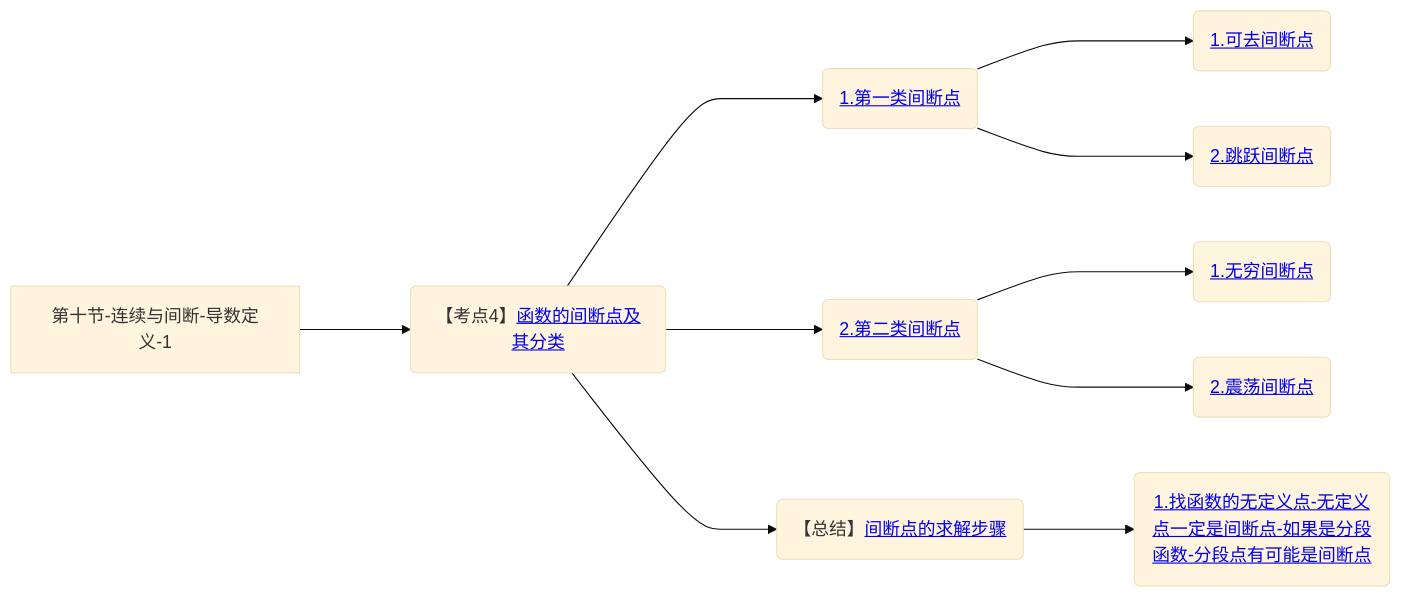
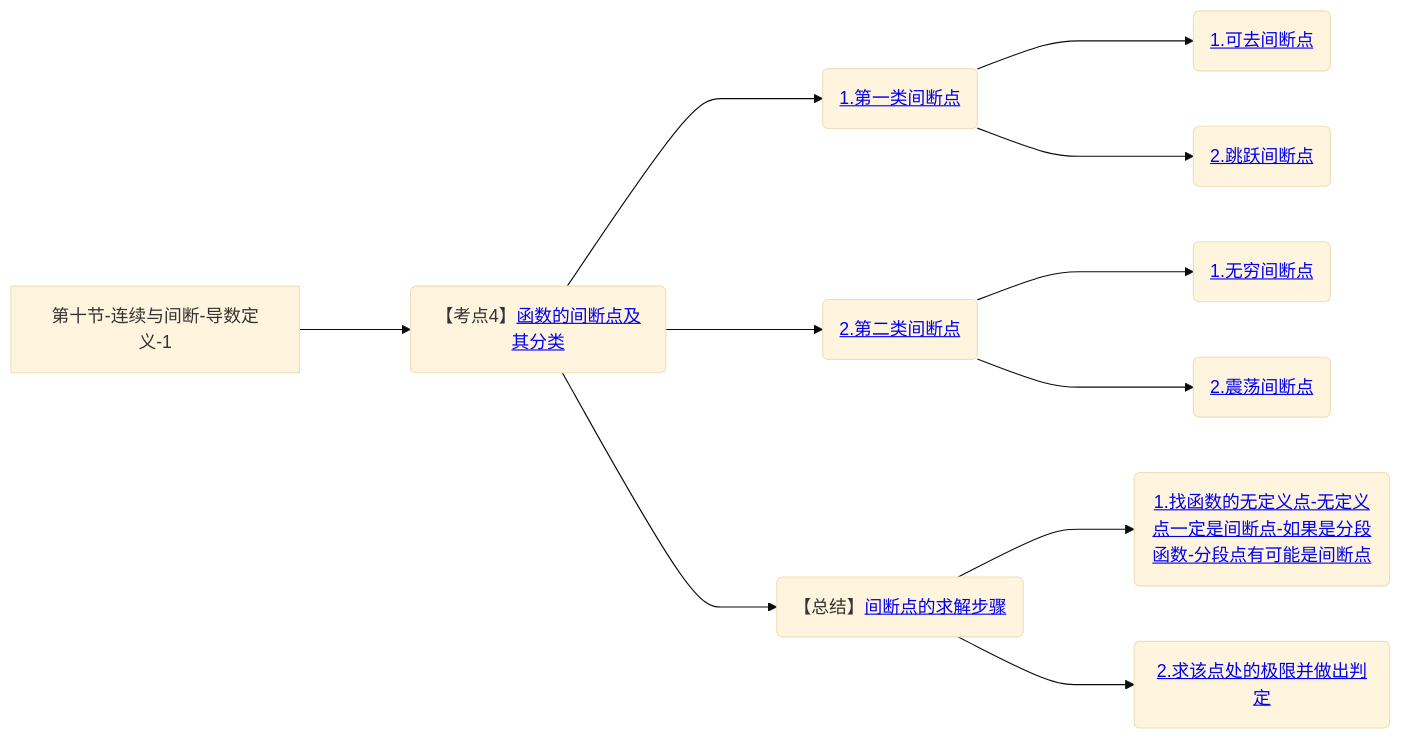
The tenth of 10 diagrams in 笔记/数学/周洋鑫/01.基础班思维导图.md (yuebinghui/note), drawn with Mermaid (base theme) before and after one commit. The commit also changed 3 other files, not shown here.

````diff
--- a/笔记/数学/周洋鑫/01.基础班思维导图.md
+++ b/笔记/数学/周洋鑫/01.基础班思维导图.md
@@ -380,14 +380,15 @@
 ```mermaid
 graph LR
 第十节-连续与间断-导数定义-1
 
 第十节-连续与间断-导数定义-1--->函数的间断点及其分类(【考点4】<a href="/Users/yuebinghui/Documents/program/github/note/笔记/数学/周洋鑫/基础班/10.连续与间断_导数定义_1.md#函数的间断点及其分类">函数的间断点及其分类</>)
 函数的间断点及其分类--->1.第一类间断点(<a href="/Users/yuebinghui/Documents/program/github/note/笔记/数学/周洋鑫/基础班/10.连续与间断_导数定义_1.md#1.第一类间断点">1.第一类间断点</>)
 1.第一类间断点--->1.可去间断点(<a href="/Users/yuebinghui/Documents/program/github/note/笔记/数学/周洋鑫/基础班/10.连续与间断_导数定义_1.md#1.可去间断点">1.可去间断点</>)
 1.第一类间断点--->2.跳跃间断点(<a href="/Users/yuebinghui/Documents/program/github/note/笔记/数学/周洋鑫/基础班/10.连续与间断_导数定义_1.md#2.跳跃间断点">2.跳跃间断点</>)
 函数的间断点及其分类--->2.第二类间断点(<a href="/Users/yuebinghui/Documents/program/github/note/笔记/数学/周洋鑫/基础班/10.连续与间断_导数定义_1.md#2.第二类间断点">2.第二类间断点</>)
 2.第二类间断点--->1.无穷间断点(<a href="/Users/yuebinghui/Documents/program/github/note/笔记/数学/周洋鑫/基础班/10.连续与间断_导数定义_1.md#1.无穷间断点">1.无穷间断点</>)
 2.第二类间断点--->2.震荡间断点(<a href="/Users/yuebinghui/Documents/program/github/note/笔记/数学/周洋鑫/基础班/10.连续与间断_导数定义_1.md#2.震荡间断点">2.震荡间断点</>)
 函数的间断点及其分类--->间断点的求解步骤(【总结】<a href="/Users/yuebinghui/Documents/program/github/note/笔记/数学/周洋鑫/基础班/10.连续与间断_导数定义_1.md#间断点的求解步骤">间断点的求解步骤</>)
 间断点的求解步骤--->1.找函数的无定义点-无定义点一定是间断点-如果是分段函数-分段点有可能是间断点(<a href="/Users/yuebinghui/Documents/program/github/note/笔记/数学/周洋鑫/基础班/10.连续与间断_导数定义_1.md#1.找函数的无定义点-无定义点一定是间断点-如果是分段函数-分段点有可能是间断点">1.找函数的无定义点-无定义点一定是间断点-如果是分段函数-分段点有可能是间断点</>)
+间断点的求解步骤--->2.求该点处的极限并做出判定(<a href="/Users/yuebinghui/Documents/program/github/note/笔记/数学/周洋鑫/基础班/10.连续与间断_导数定义_1.md#2.求该点处的极限并做出判定">2.求该点处的极限并做出判定</>)
 ```
````
